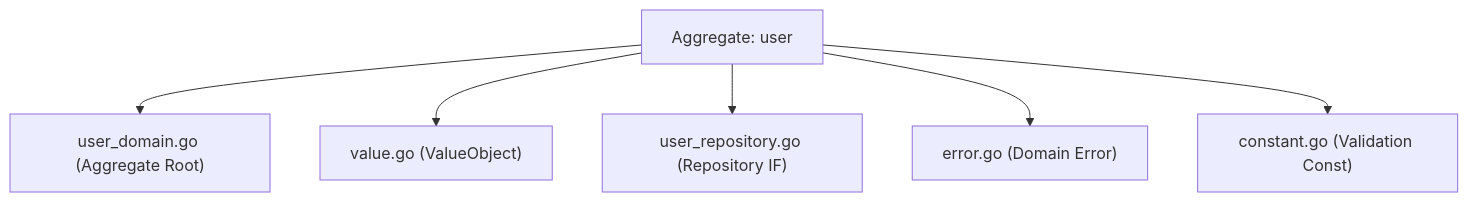
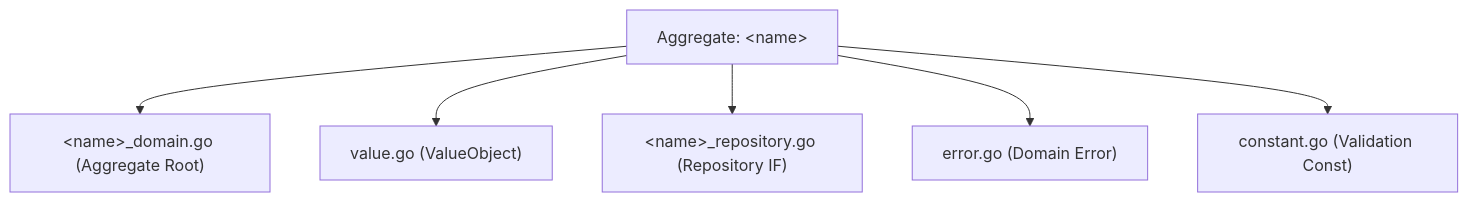
The first of 4 diagrams in internal/domain/README.ja.md (Tomy-ch/go-boilerplate), drawn with Mermaid before and after one commit. The commit also changed other lines of this file and 3 other files, not shown here.

````diff
--- a/internal/domain/README.ja.md
+++ b/internal/domain/README.ja.md
@@ -18,15 +18,15 @@
 ```mermaid
 flowchart TB
-    Root["Aggregate: user"]
-    A["user_domain.go (Aggregate Root)"]
+    Root["Aggregate: &lt;name&gt;"]
+    A["&lt;name&gt;_domain.go (Aggregate Root)"]
     B["value.go (ValueObject)"]
-    D["user_repository.go (Repository IF)"]
+    D["&lt;name&gt;_repository.go (Repository IF)"]
     E["error.go (Domain Error)"]
     F["constant.go (Validation Const)"]
 
     Root --> A
     Root --> B
     Root --> D
     Root --> E
     Root --> F
 ```
````
